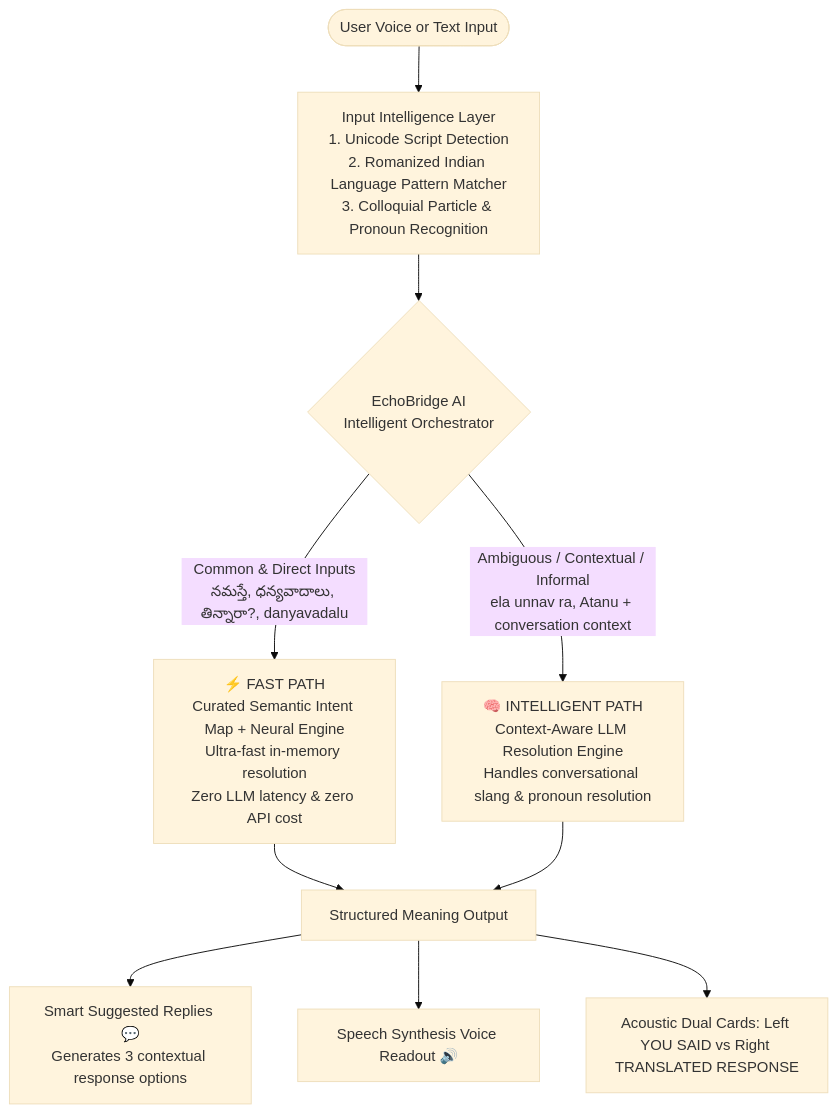
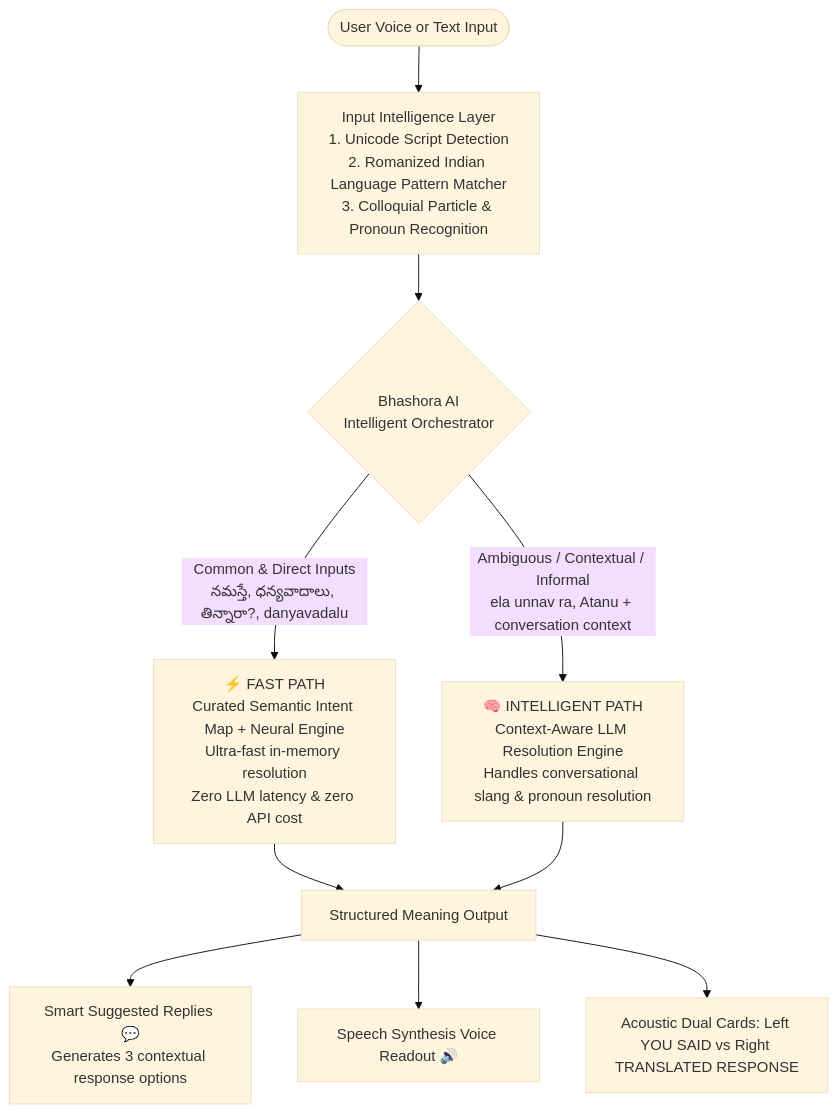
One commit to vaishnavireddy067/EchoBridge-AI-Personal-AI-Interpreter-Smart-Conversation-Assistant changed the diagram in README.md. Above: the diagram before and after it, drawn with Mermaid (base theme). The commit also changed other lines of this file and 11 other files, not shown here.

````diff
--- a/README.md
+++ b/README.md
@@ -13,14 +13,14 @@
 ```mermaid
 flowchart TD
     User([User Voice or Text Input]) --> Intelligence[Input Intelligence Layer\n1. Unicode Script Detection\n2. Romanized Indian Language Pattern Matcher\n3. Colloquial Particle & Pronoun Recognition]
-    Intelligence --> Orchestrator{EchoBridge AI\nIntelligent Orchestrator}
+    Intelligence --> Orchestrator{Bhashora AI\nIntelligent Orchestrator}
     
     Orchestrator -->|Common & Direct Inputs\nనమస్తే, ధన్యవాదాలు, తిన్నారా?, danyavadalu| FastPath[⚡ FAST PATH\nCurated Semantic Intent Map + Neural Engine\nUltra-fast in-memory resolution\nZero LLM latency & zero API cost]
     Orchestrator -->|Ambiguous / Contextual / Informal\nela unnav ra, Atanu + conversation context| IntelligentPath[🧠 INTELLIGENT PATH\nContext-Aware LLM Resolution Engine\nHandles conversational slang & pronoun resolution]
     
     FastPath --> Output[Structured Meaning Output]
     IntelligentPath --> Output
     Output --> Suggestions[Smart Suggested Replies 💬\nGenerates 3 contextual response options]
     Output --> TTS[Speech Synthesis Voice Readout 🔊]
     Output --> UI[Acoustic Dual Cards: Left YOU SAID vs Right TRANSLATED RESPONSE]
 ```
````
